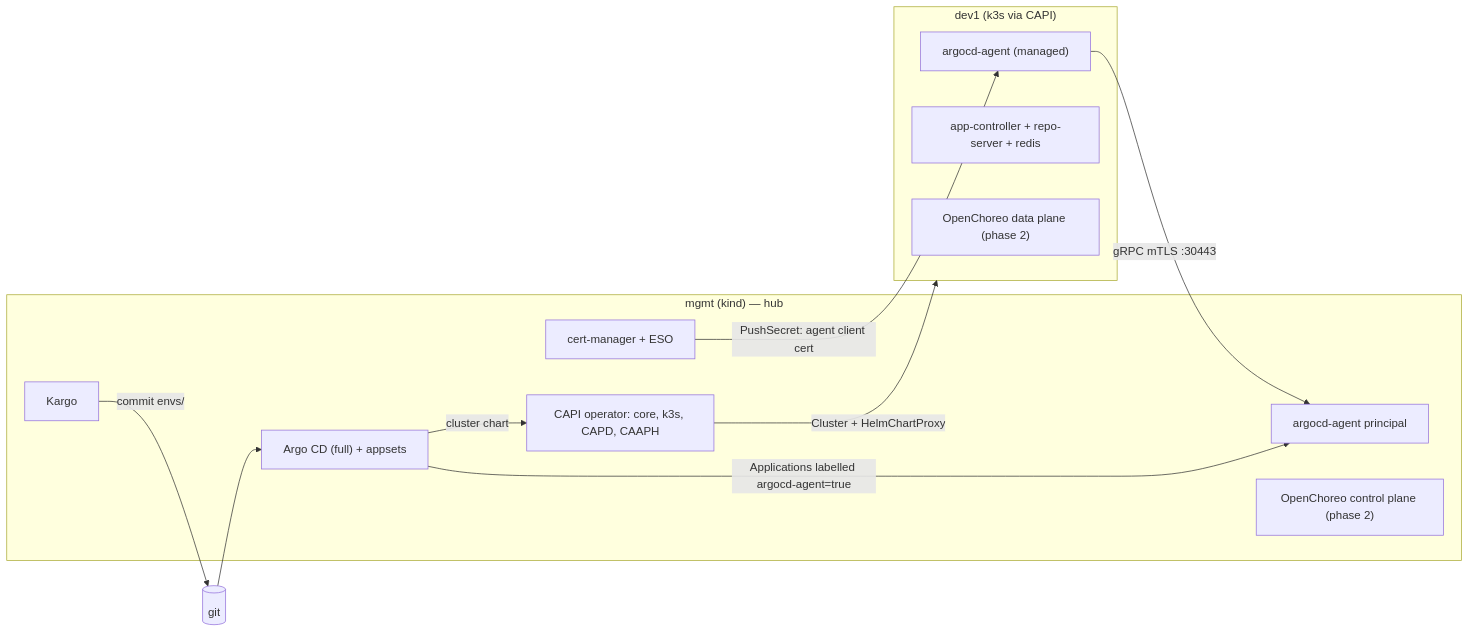
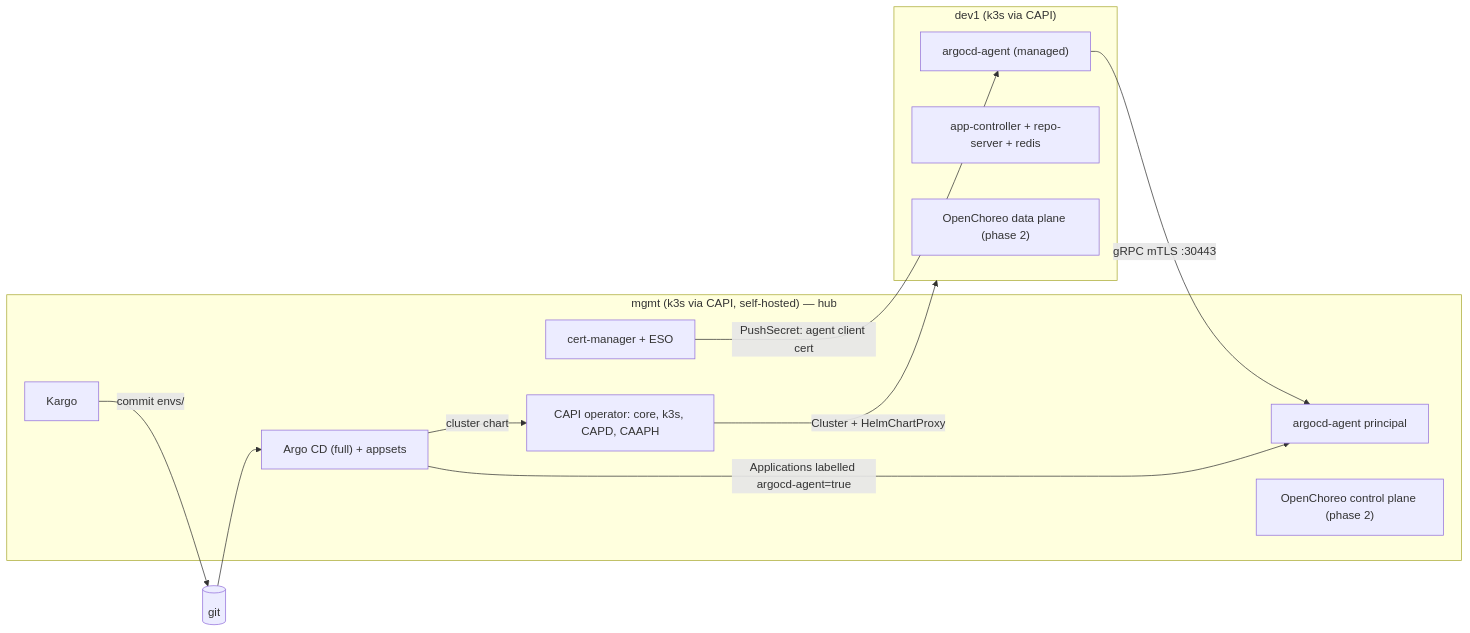
The diagram in README.md (koorikla/platform-lab), drawn with Mermaid before and after one commit. The commit also changed other lines of this file and 20 other files, not shown here.

First line of the commit message:
CAPI pivot: throw-away k3d bootstrap creates self-hosted k3s hub via clusterctl move

````diff
--- a/README.md
+++ b/README.md
@@ -6,22 +6,22 @@
 ```mermaid
 flowchart LR
-  subgraph mgmt["mgmt (kind) — hub"]
+  subgraph mgmt["mgmt (k3s via CAPI, self-hosted) — hub"]
     argo["Argo CD (full) + appsets"]
     principal["argocd-agent principal"]
     capi["CAPI operator: core, k3s, CAPD, CAAPH"]
     kargo[Kargo]
     eso["cert-manager + ESO"]
     oc["OpenChoreo control plane (phase 2)"]
   end
   subgraph dev1["dev1 (k3s via CAPI)"]
     agent["argocd-agent (managed)"]
     ctrl["app-controller + repo-server + redis"]
     dp["OpenChoreo data plane (phase 2)"]
   end
   git[(git)] --> argo
   argo -->|"cluster chart"| capi -->|"Cluster + HelmChartProxy"| dev1
   eso -->|"PushSecret: agent client cert"| agent
   agent -->|"gRPC mTLS :30443"| principal
   argo -->|"Applications labelled argocd-agent=true"| principal
   kargo -->|"commit envs/<env>"| git
 ```
````
